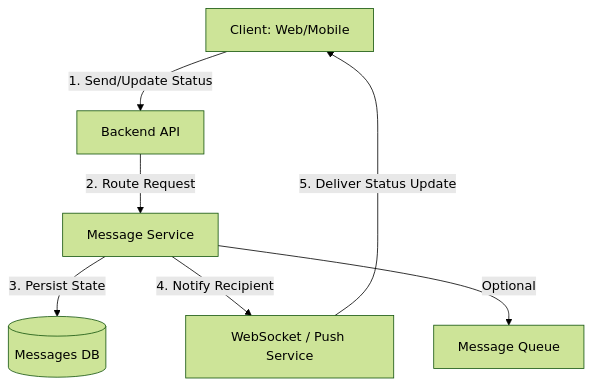
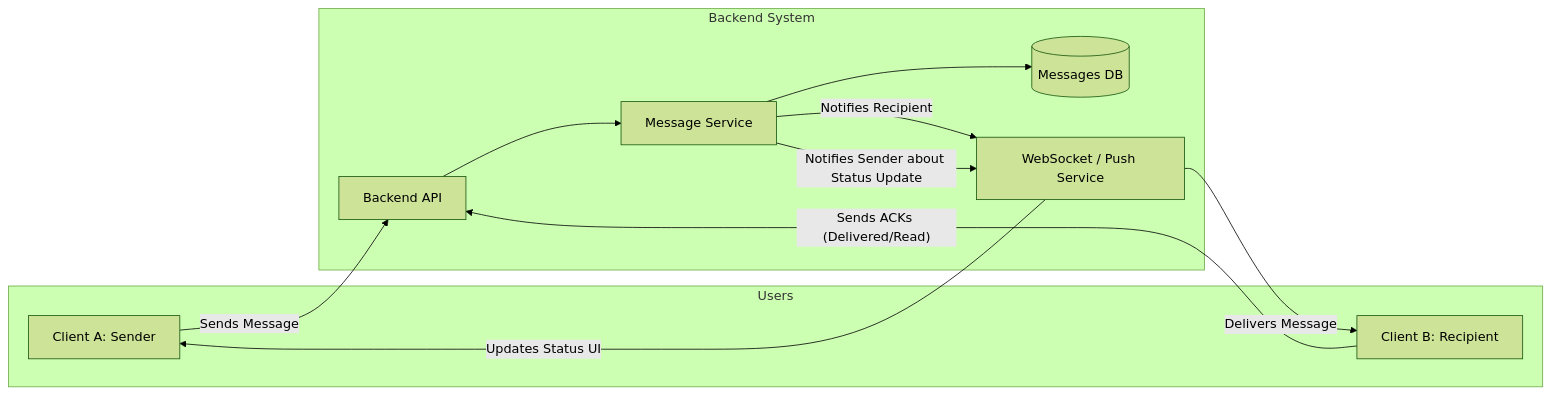
One commit to artembaranovsky1/Software-Design-and-Documentation_lab-1.1 changed the first of 3 diagrams in README.md. Above: the diagram before and after it, drawn with Mermaid (forest theme).

````diff
--- a/README.md
+++ b/README.md
@@ -4,9 +4,23 @@
 ```mermaid
-graph TD
-  Client[Client: Web/Mobile] -- "1. Send/Update Status" --> API[Backend API]
-  API -- "2. Route Request" --> MsgService[Message Service]
-  MsgService -- "3. Persist State" --> DB[(Messages DB)]
-  MsgService -- "4. Notify Recipient" --> WS[WebSocket / Push Service]
-  WS -- "5. Deliver Status Update" --> Client
-  MsgService -- "Optional" --> Queue[Message Queue]
+graph LR
+  subgraph "Users"
+    CA[Client A: Sender]
+    CB[Client B: Recipient]
+  end
+
+  subgraph "Backend System"
+    API[Backend API]
+    MS[Message Service]
+    DB[(Messages DB)]
+    WS[WebSocket / Push Service]
+  end
+
+  CA -- "Sends Message" --> API
+  API --> MS
+  MS --> DB
+  MS -- "Notifies Recipient" --> WS
+  WS -- "Delivers Message" --> CB
+  CB -- "Sends ACKs (Delivered/Read)" --> API
+  MS -- "Notifies Sender about Status Update" --> WS
+  WS -- "Updates Status UI" --> CA
 ```
````
